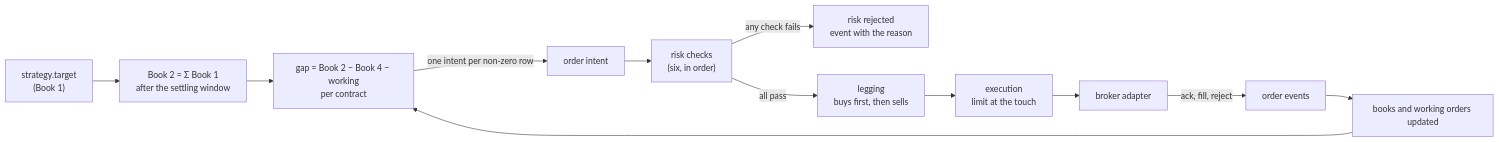
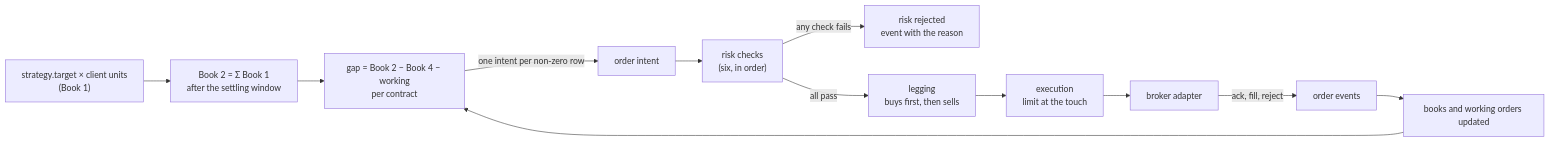
One commit to lalitkarthik/delta-exchange-payoff changed the first of 2 diagrams in docs/design/execution/oms.md. Above: the diagram before and after it, drawn with Mermaid. The commit also changed other lines of this file and 10 other files, not shown here.

Commit message:
The execution design becomes multi-client: one OMS per client, subscriptions in strategy units, per-client risk

````diff
--- a/docs/design/execution/oms.md
+++ b/docs/design/execution/oms.md
@@ -33,14 +36,14 @@
 ```mermaid
 flowchart LR
-  T["strategy.target<br/>(Book 1)"] --> P["Book 2 = Σ Book 1<br/>after the settling window"]
+  T["strategy.target × client units<br/>(Book 1)"] --> P["Book 2 = Σ Book 1<br/>after the settling window"]
   P --> G["gap = Book 2 − Book 4 − working<br/>per contract"]
   G -->|"one intent per non-zero row"| I["order intent"]
   I --> R["risk checks<br/>(six, in order)"]
   R -->|"any check fails"| RJ["risk rejected<br/>event with the reason"]
   R -->|"all pass"| L["legging<br/>buys first, then sells"]
   L --> X["execution<br/>limit at the touch"]
   X --> BA["broker adapter"]
   BA -->|"ack, fill, reject"| E["order events"]
   E --> B["books and working orders updated"]
   B --> G
 ```
````
